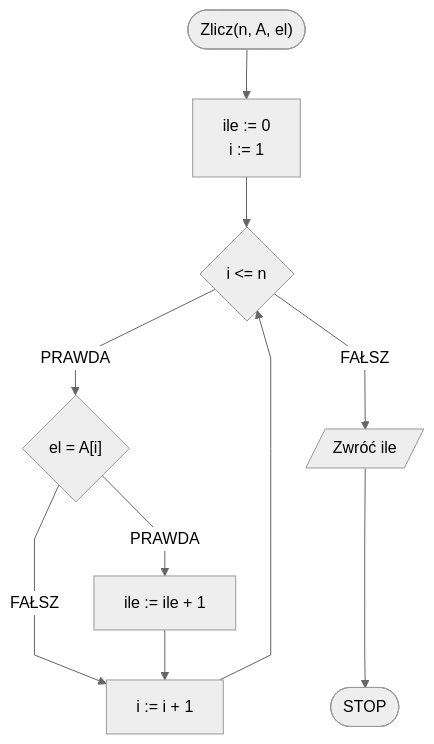
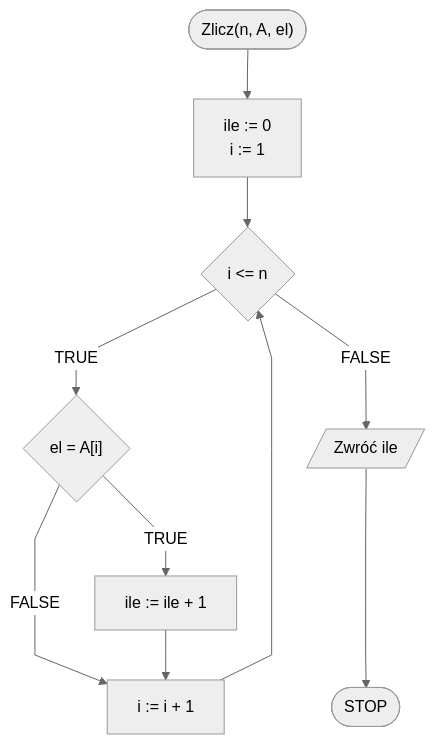
Before and after one commit to blackbat13/edu-cs-htiew-en: the second of 3 diagrams in docs/algorithms/searching/majority.md, drawn with Mermaid. The commit also changed other lines of this file and 682 other files, not shown here.

````diff
--- a/docs/algorithms/searching/majority.md
+++ b/docs/algorithms/searching/majority.md
@@ -175,14 +175,14 @@
 ```mermaid
 %%{init: {"flowchart": {"curve": "linear"}, "theme": "neutral"} }%%
 flowchart TD
 	START(["Zlicz(n, A, el)"]) --> K1["ile := 0
 	i := 1"]
 	K1 --> K2{i <= n}
-	K2 --PRAWDA --> K3{"el = A[i]"}
-	K3 --PRAWDA --> K4["ile := ile + 1"]
-	K3 --FAŁSZ --> K5["i := i + 1"]
+	K2 --TRUE --> K3{"el = A[i]"}
+	K3 --TRUE --> K4["ile := ile + 1"]
+	K3 --FALSE --> K5["i := i + 1"]
 	K4 --> K5
 	K5 --> K2
-	K2 --FAŁSZ --> K6[/"Zwróć ile"/]
+	K2 --FALSE --> K6[/"Zwróć ile"/]
 	K6 ---> STOP([STOP])
 ```
````
